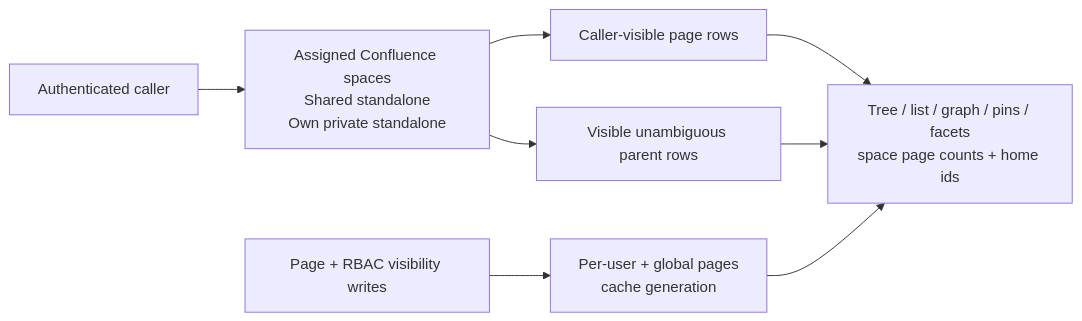
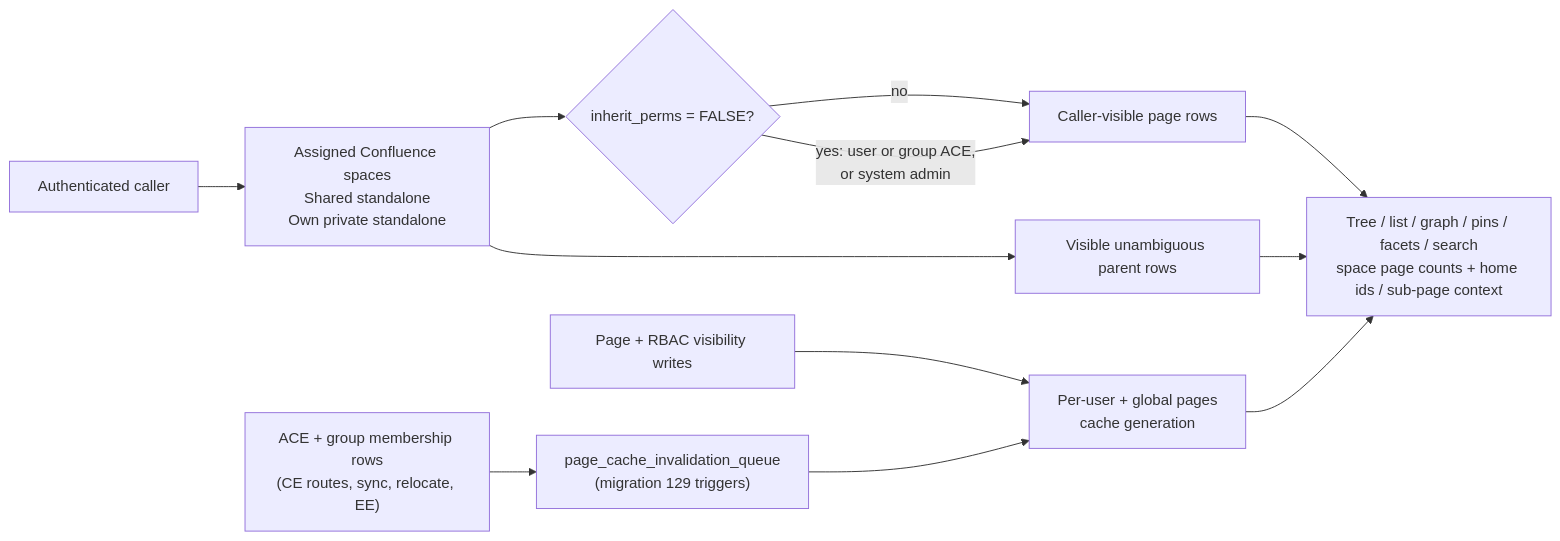
The fourth of 8 diagrams in docs/architecture/03-backend-domains.md (Compendiq/compendiq-ce), drawn with Mermaid before and after one commit. The commit also changed other lines of this file and 62 other files, not shown here.

````diff
--- a/docs/architecture/03-backend-domains.md
+++ b/docs/architecture/03-backend-domains.md
@@ -120,10 +120,14 @@
 ```mermaid
 flowchart LR
     caller["Authenticated caller"] --> visibility["Assigned Confluence spaces<br/>Shared standalone<br/>Own private standalone"]
-    visibility --> rows["Caller-visible page rows"]
+    visibility --> restriction{"inherit_perms = FALSE?"}
+    restriction -->|no| rows["Caller-visible page rows"]
+    restriction -->|"yes: user or group ACE,<br/>or system admin"| rows
     visibility --> parents["Visible unambiguous parent rows"]
-    rows --> projection["Tree / list / graph / pins / facets<br/>space page counts + home ids"]
+    rows --> projection["Tree / list / graph / pins / facets / search<br/>space page counts + home ids / sub-page context"]
     parents --> projection
     writes["Page + RBAC visibility writes"] --> generation["Per-user + global pages<br/>cache generation"]
+    aceWrites["ACE + group membership rows<br/>(CE routes, sync, relocate, EE)"] --> queue["page_cache_invalidation_queue<br/>(migration 129 triggers)"]
+    queue --> generation
     generation --> projection
 ```
````
